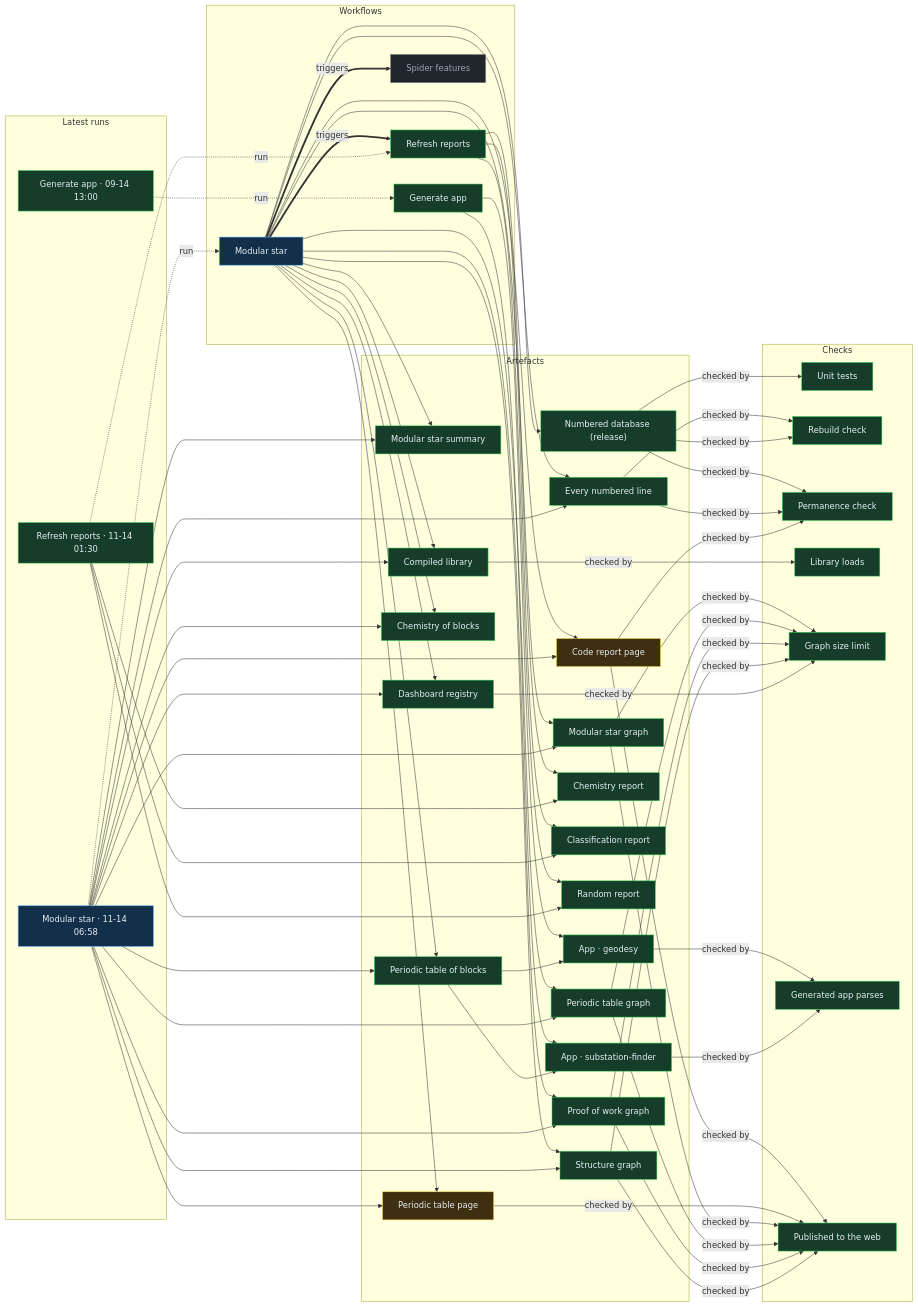
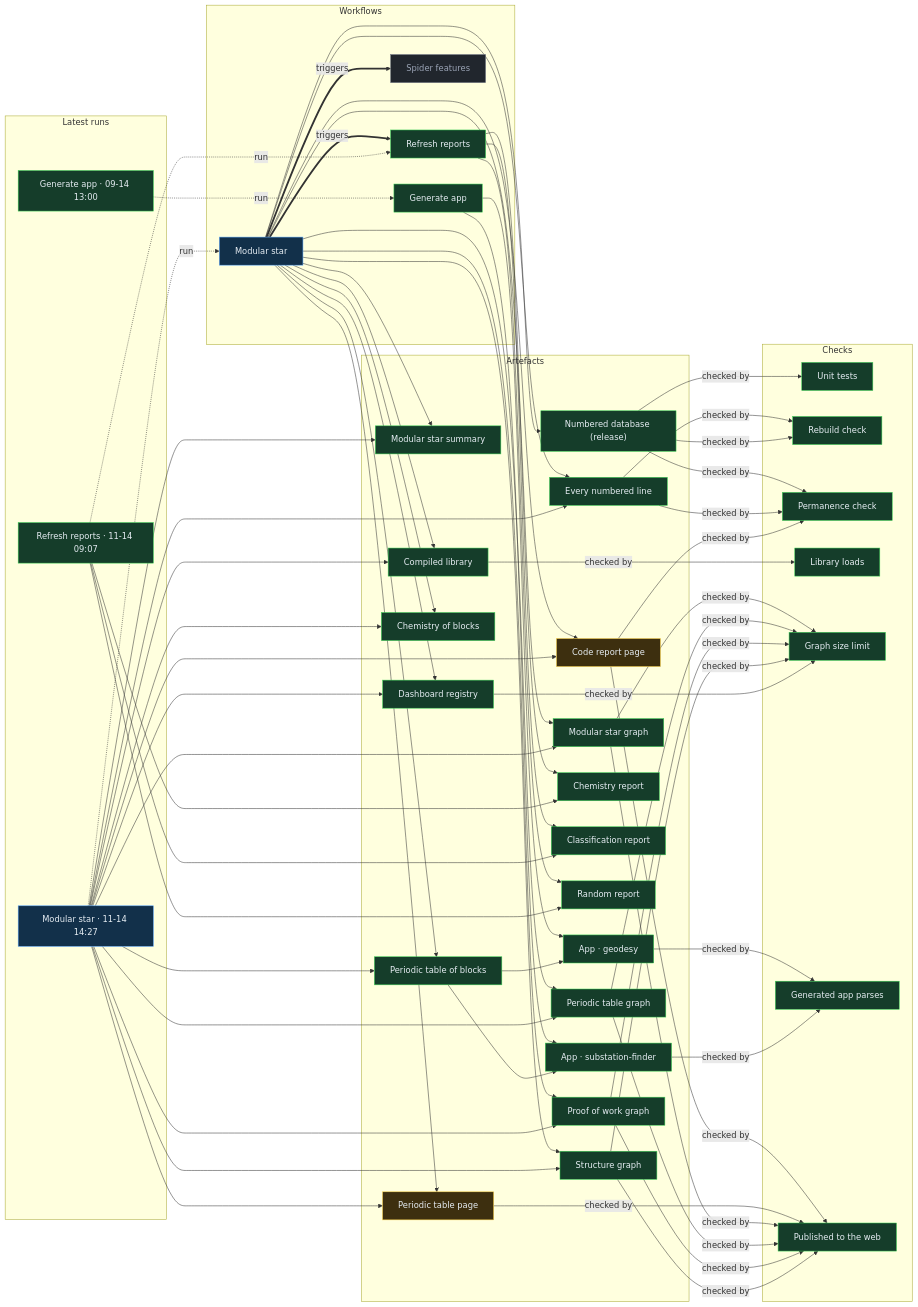
Before and after one commit to Ventusltd/stars: the diagram in proof/PROOF.md, drawn with Mermaid. The commit also changed other lines of this file and 165 other files, not shown here.

Commit message:
Modular star 2026-11-14T14:30Z

```diff
--- a/proof/PROOF.md
+++ b/proof/PROOF.md
@@ -24,8 +24,8 @@
   n_wf_spider_features["Spider features"]:::off
   end
   subgraph g_runs["Latest runs"]
-  n_run_43568853604["Modular star · 11-14 06:58"]:::live
-  n_run_43540957421["Refresh reports · 11-14 01:30"]:::ok
+  n_run_43604973724["Modular star · 11-14 14:27"]:::live
+  n_run_43579069428["Refresh reports · 11-14 09:07"]:::ok
   n_run_34846587798["Generate app · 09-14 13:00"]:::ok
   end
   subgraph g_artefacts["Artefacts"]
@@ -59,39 +59,39 @@
   end
   n_wf_modular_star == triggers ==> n_wf_refresh
   n_wf_modular_star == triggers ==> n_wf_spider_features
-  n_run_43568853604 -. run .-> n_wf_modular_star
-  n_run_43540957421 -. run .-> n_wf_refresh
+  n_run_43604973724 -. run .-> n_wf_modular_star
+  n_run_43579069428 -. run .-> n_wf_refresh
   n_run_34846587798 -. run .-> n_wf_generate
   n_wf_modular_star --> n_art_summary
-  n_run_43568853604 --> n_art_summary
+  n_run_43604973724 --> n_art_summary
   n_wf_modular_star --> n_art_lines
-  n_run_43568853604 --> n_art_lines
+  n_run_43604973724 --> n_art_lines
   n_wf_modular_star --> n_art_code
-  n_run_43568853604 --> n_art_code
+  n_run_43604973724 --> n_art_code
   n_wf_modular_star --> n_art_modular_graph
-  n_run_43568853604 --> n_art_modular_graph
+  n_run_43604973724 --> n_art_modular_graph
   n_wf_modular_star --> n_art_blocks
-  n_run_43568853604 --> n_art_blocks
+  n_run_43604973724 --> n_art_blocks
   n_wf_modular_star --> n_art_table
-  n_run_43568853604 --> n_art_table
+  n_run_43604973724 --> n_art_table
   n_wf_modular_star --> n_art_blocks_graph
-  n_run_43568853604 --> n_art_blocks_graph
+  n_run_43604973724 --> n_art_blocks_graph
   n_wf_modular_star --> n_art_reactions
-  n_run_43568853604 --> n_art_reactions
+  n_run_43604973724 --> n_art_reactions
   n_wf_modular_star --> n_art_library
-  n_run_43568853604 --> n_art_library
+  n_run_43604973724 --> n_art_library
   n_wf_modular_star --> n_art_features
-  n_run_43568853604 --> n_art_features
+  n_run_43604973724 --> n_art_features
   n_wf_modular_star --> n_art_proof
-  n_run_43568853604 --> n_art_proof
+  n_run_43604973724 --> n_art_proof
   n_wf_modular_star --> n_art_structure
-  n_run_43568853604 --> n_art_structure
+  n_run_43604973724 --> n_art_structure
   n_wf_refresh --> n_art_chemistry
-  n_run_43540957421 --> n_art_chemistry
+  n_run_43579069428 --> n_art_chemistry
   n_wf_refresh --> n_art_vedic
-  n_run_43540957421 --> n_art_vedic
+  n_run_43579069428 --> n_art_vedic
   n_wf_refresh --> n_art_random
-  n_run_43540957421 --> n_art_random
+  n_run_43579069428 --> n_art_random
   n_wf_modular_star --> n_art_release
   n_wf_generate --> n_app_geodesy
   n_art_blocks --> n_app_geodesy
```
